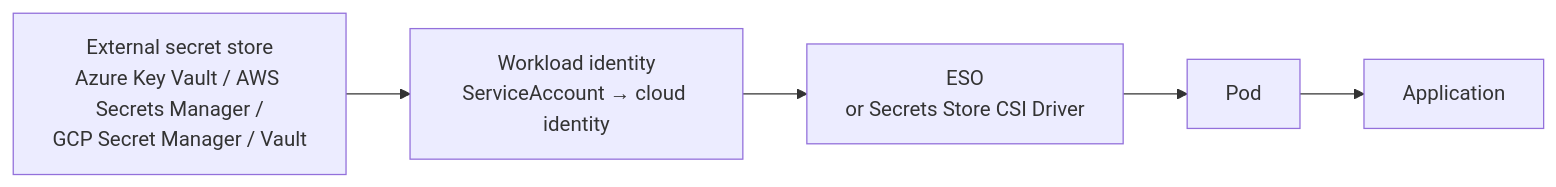
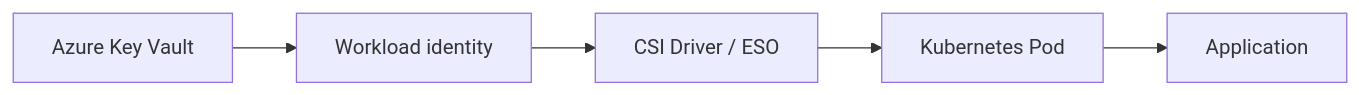
One commit to karthikreddy432/CKAD changed diagram 19 of 30 in k8s_real_world_kubernetes_guide.md. Above: the diagram before and after it, drawn with Mermaid. The commit also changed other lines of this file, not shown here.

````diff
--- a/k8s_real_world_kubernetes_guide.md
+++ b/k8s_real_world_kubernetes_guide.md
@@ -264,7 +702,7 @@
 ```mermaid
 flowchart LR
-    STORE["External secret store\nAzure Key Vault / AWS Secrets Manager /\nGCP Secret Manager / Vault"] --> ID["Workload identity\nServiceAccount → cloud identity"]
-    ID --> SYNC["ESO\nor Secrets Store CSI Driver"]
-    SYNC --> POD["Pod"]
+    KV["Azure Key Vault"] --> WI["Workload identity"]
+    WI --> CSI["CSI Driver / ESO"]
+    CSI --> POD["Kubernetes Pod"]
     POD --> APP["Application"]
 ```
````
